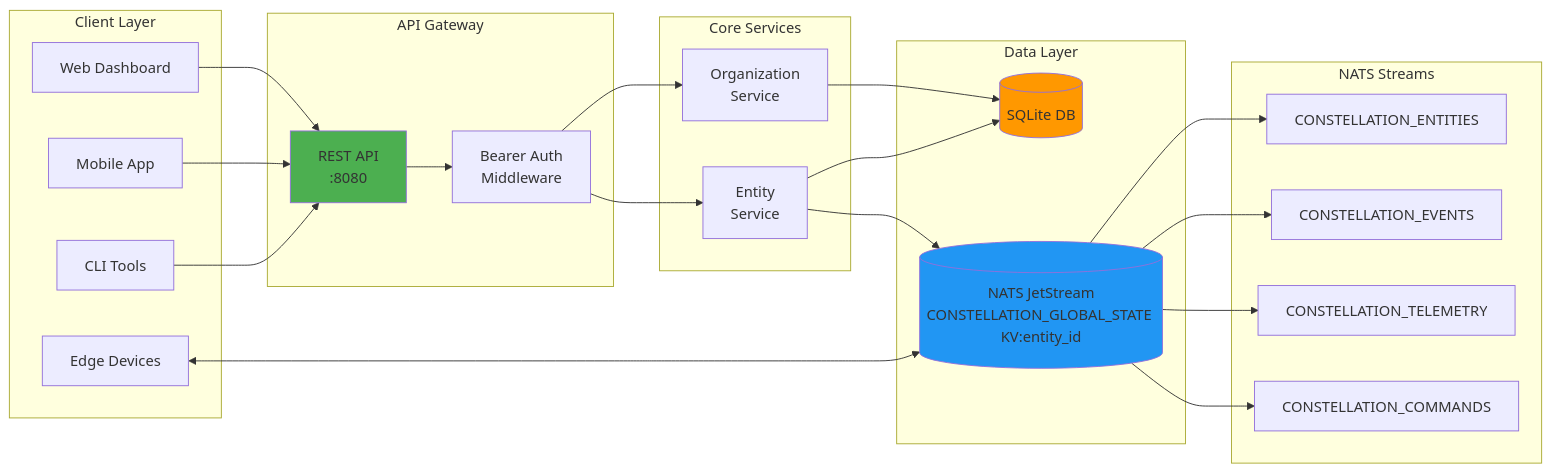
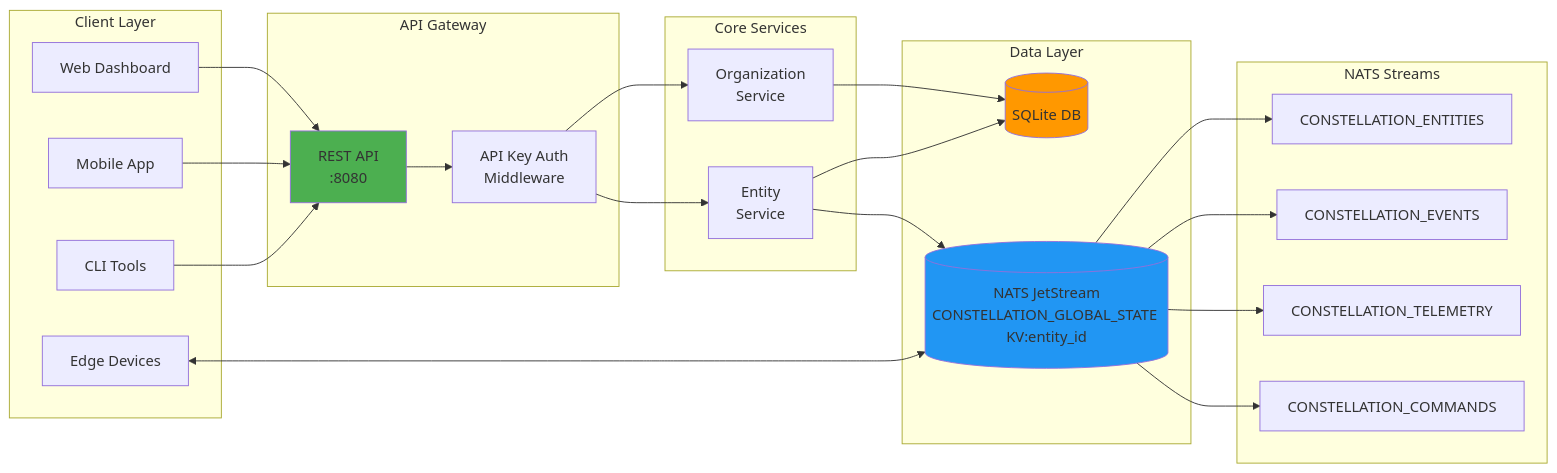
One commit to xznhj8129/constellation-overwatch changed the first of 2 diagrams in README.md. Above: the diagram before and after it, drawn with Mermaid. The commit also changed other lines of this file and 5 other files, not shown here.

````diff
--- a/README.md
+++ b/README.md
@@ -60,43 +60,43 @@
 ```mermaid
 graph LR
     subgraph "Client Layer"
         C1[Web Dashboard]
         C2[Mobile App]
         C3[CLI Tools]
         C4[Edge Devices]
     end
     
     subgraph "API Gateway"
         API[REST API<br/>:8080]
-        AUTH[Bearer Auth<br/>Middleware]
+        AUTH[API Key Auth<br/>Middleware]
     end
     
     subgraph "Core Services"
         OS[Organization<br/>Service]
         ES[Entity<br/>Service]
     end
     
     subgraph "Data Layer"
         DB[(SQLite DB)]
         NATS[(NATS JetStream<br/>CONSTELLATION_GLOBAL_STATE KV:entity_id)]
     end
     
     subgraph "NATS Streams"
         S1[CONSTELLATION_ENTITIES]
         S2[CONSTELLATION_EVENTS]
         S3[CONSTELLATION_TELEMETRY]
         S4[CONSTELLATION_COMMANDS]
     end
     
     C1 & C2 & C3 --> API
     C4 <--> NATS
     API --> AUTH
     AUTH --> OS & ES
     OS & ES --> DB
     ES --> NATS
     NATS --> S1 & S2 & S3 & S4
     
     style API fill:#4CAF50
     style NATS fill:#2196F3
     style DB fill:#FF9800
 ```
````
